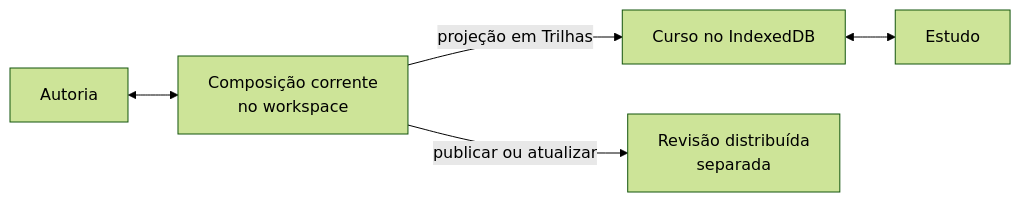
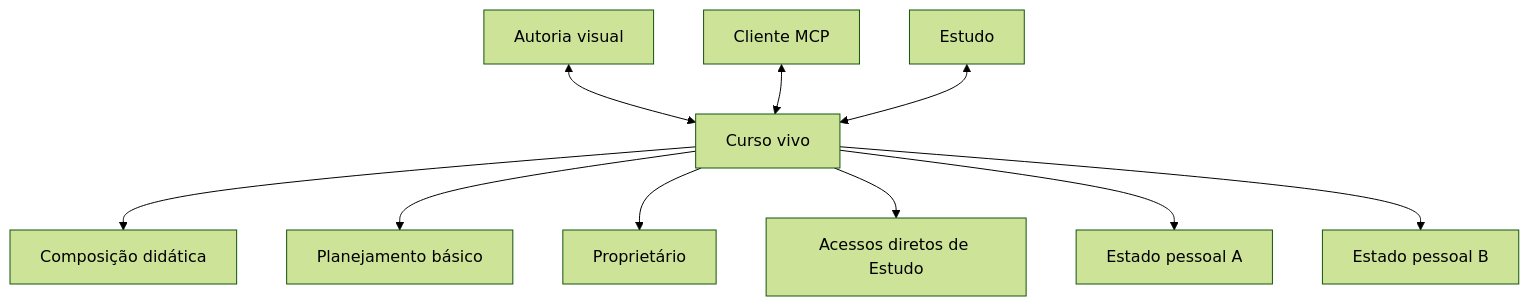
Before and after one commit to fabio-ara/AraLearn: the first of 2 diagrams in docs/estado-atual-e-roadmap.md, drawn with Mermaid (forest theme). The commit also changed other lines of this file and 134 other files, not shown here.

Commit message:
Unificar Curso entre Autoria e Estudo

````diff
--- a/docs/estado-atual-e-roadmap.md
+++ b/docs/estado-atual-e-roadmap.md
@@ -67,7 +49,12 @@
 ```mermaid
-flowchart LR
-    A[Autoria] <--> W[Composição corrente<br/>no workspace]
-    W -->|projeção em Trilhas| I[Curso no IndexedDB]
-    I <--> E[Estudo]
-    W -->|publicar ou atualizar| R[Revisão distribuída<br/>separada]
+flowchart TD
+    C[Curso vivo] --> H[Composição didática]
+    C --> P[Planejamento básico]
+    C --> O[Proprietário]
+    C --> A[Acessos diretos de Estudo]
+    C --> S1[Estado pessoal A]
+    C --> S2[Estado pessoal B]
+    AU[Autoria visual] <--> C
+    MCP[Cliente MCP] <--> C
+    E[Estudo] <--> C
 ```
````
